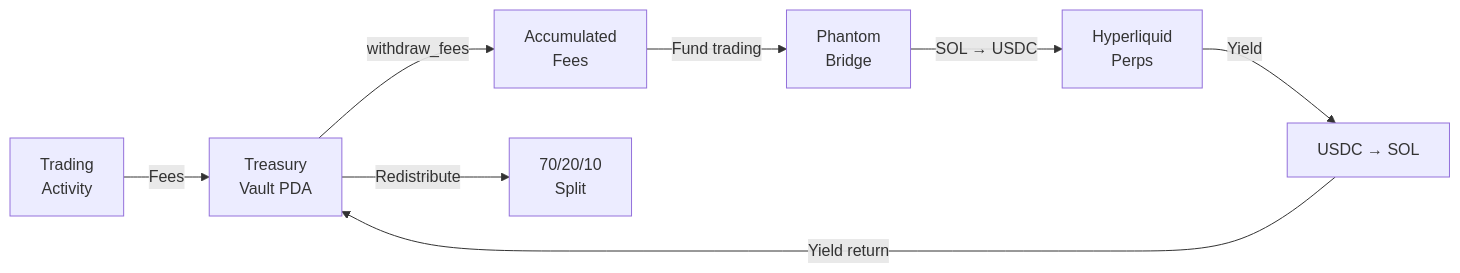
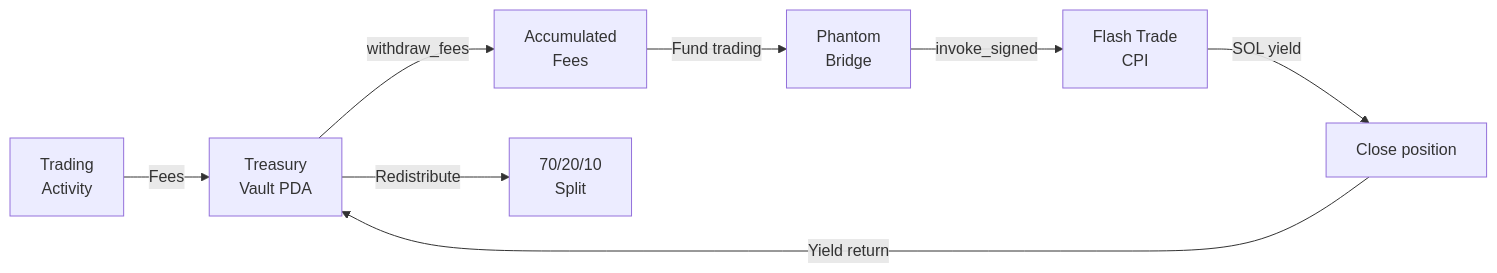
One commit to tradewife/resilient-token-protocol changed the diagram in dashboard/content/docs/architecture/fee-routing.mdx. Above: the diagram before and after it, drawn with Mermaid. The commit also changed other lines of this file and 59 other files, not shown here.

First line of the commit message:
feat: Flash Trade CPI integration + audit fixes + CI re-enable (#1)

````diff
--- a/dashboard/content/docs/architecture/fee-routing.mdx
+++ b/dashboard/content/docs/architecture/fee-routing.mdx
@@ -10,10 +10,10 @@
 ```mermaid
 flowchart LR
     A[Trading<br/>Activity] -->|Fees| B[Treasury<br/>Vault PDA]
     B -->|withdraw_fees| C[Accumulated<br/>Fees]
     C -->|Fund trading| D[Phantom<br/>Bridge]
-    D -->|SOL → USDC| E[Hyperliquid<br/>Perps]
-    E -->|Yield| F[USDC → SOL]
+    D -->|invoke_signed| E[Flash Trade<br/>CPI]
+    E -->|SOL yield| F[Close position]
     F -->|Yield return| B
     B -->|Redistribute| G[70/20/10<br/>Split]
 ```
````
